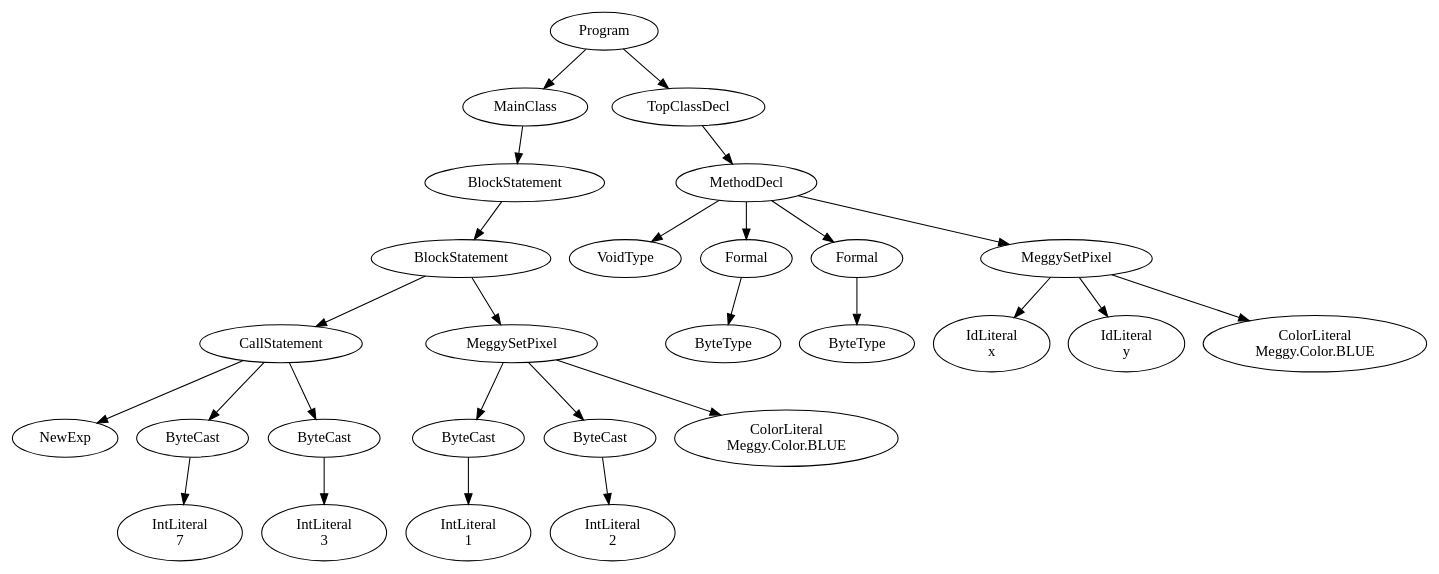
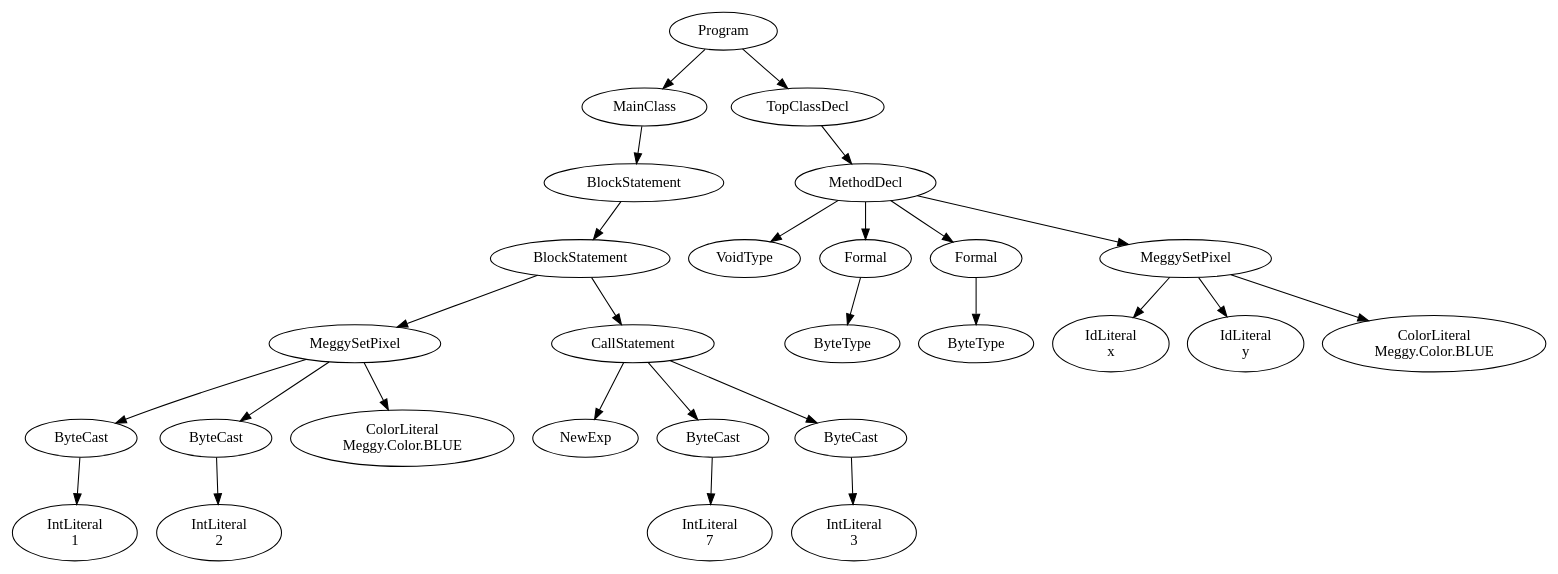
The diagram in PA4/PA4Start/PA4bluedot.java.ast.dot (DanielSBrown/compilers), drawn with Graphviz before and after one commit. The commit also changed 16 other files, not shown here.

```diff
--- a/PA4/PA4Start/PA4bluedot.java.ast.dot
+++ b/PA4/PA4Start/PA4bluedot.java.ast.dot
@@ -1,55 +1,55 @@
 digraph ASTGraph {
 0 [ label="Program" ];
 1 [ label="MainClass" ];
 0 -> 1
 2 [ label="BlockStatement" ];
 1 -> 2
 3 [ label="BlockStatement" ];
 2 -> 3
-4 [ label="CallStatement" ];
+4 [ label="MeggySetPixel" ];
 3 -> 4
-5 [ label="NewExp" ];
+5 [ label="ByteCast" ];
 4 -> 5
-6 [ label="ByteCast" ];
-4 -> 6
-7 [ label="IntLiteral\n7" ];
-6 -> 7
-8 [ label="ByteCast" ];
-4 -> 8
-9 [ label="IntLiteral\n3" ];
-8 -> 9
-10 [ label="MeggySetPixel" ];
+6 [ label="IntLiteral\n1" ];
+5 -> 6
+7 [ label="ByteCast" ];
+4 -> 7
+8 [ label="IntLiteral\n2" ];
+7 -> 8
+9 [ label="ColorLiteral\nMeggy.Color.BLUE" ];
+4 -> 9
+10 [ label="CallStatement" ];
 3 -> 10
-11 [ label="ByteCast" ];
+11 [ label="NewExp" ];
 10 -> 11
-12 [ label="IntLiteral\n1" ];
-11 -> 12
-13 [ label="ByteCast" ];
-10 -> 13
-14 [ label="IntLiteral\n2" ];
-13 -> 14
-15 [ label="ColorLiteral\nMeggy.Color.BLUE" ];
-10 -> 15
+12 [ label="ByteCast" ];
+10 -> 12
+13 [ label="IntLiteral\n7" ];
+12 -> 13
+14 [ label="ByteCast" ];
+10 -> 14
+15 [ label="IntLiteral\n3" ];
+14 -> 15
 16 [ label="TopClassDecl" ];
 0 -> 16
 17 [ label="MethodDecl" ];
 16 -> 17
 18 [ label="VoidType" ];
 17 -> 18
 19 [ label="Formal" ];
 17 -> 19
 20 [ label="ByteType" ];
 19 -> 20
 21 [ label="Formal" ];
 17 -> 21
 22 [ label="ByteType" ];
 21 -> 22
 23 [ label="MeggySetPixel" ];
 17 -> 23
 24 [ label="IdLiteral\nx" ];
 23 -> 24
 25 [ label="IdLiteral\ny" ];
 23 -> 25
 26 [ label="ColorLiteral\nMeggy.Color.BLUE" ];
 23 -> 26
 }
```
